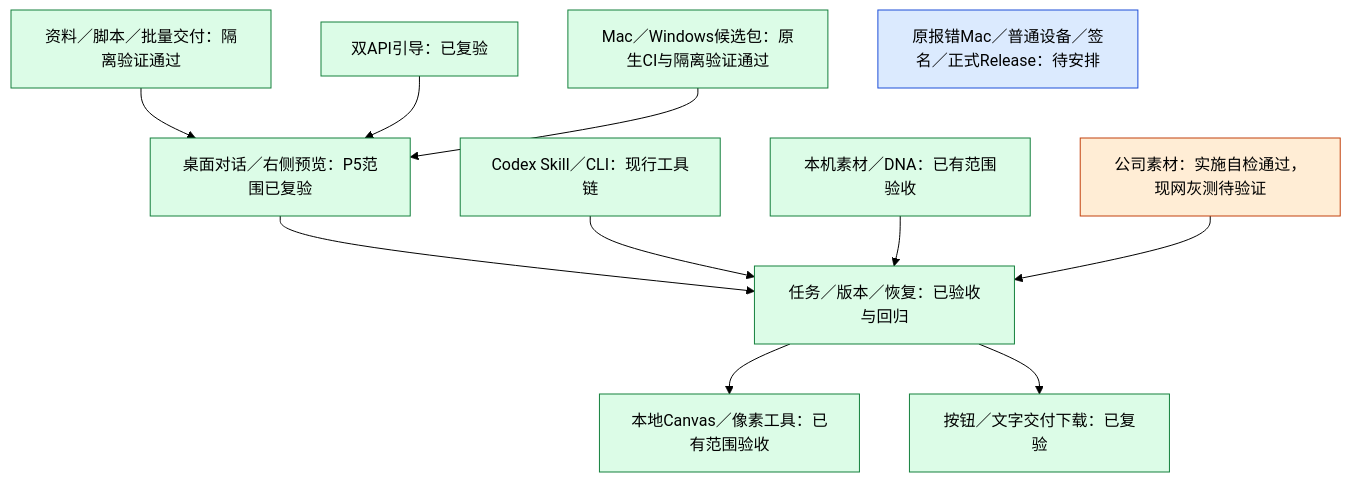
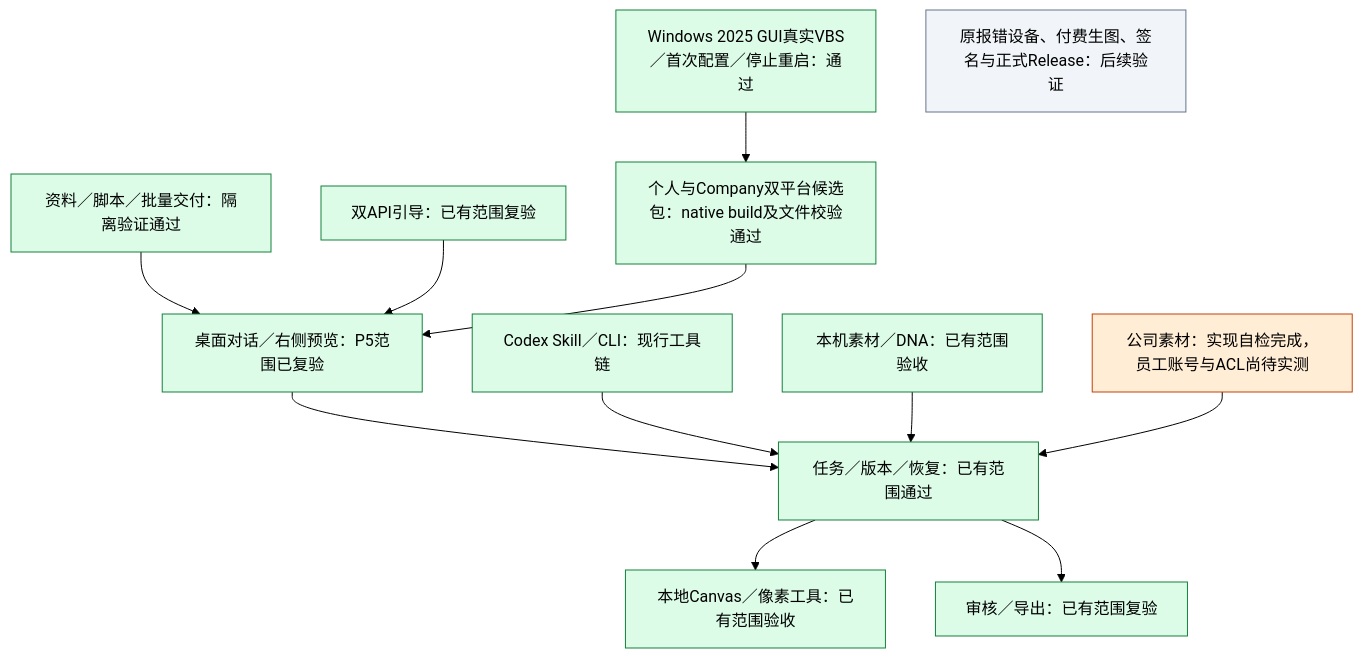
Before and after one commit to akechi0819-lgtm/creative-Agent-studio: the third of 3 diagrams in docs/工程进度.md, drawn with Mermaid (forest theme). The commit also changed other lines of this file and 3 other files, not shown here.

Commit message:
Record company Windows startup acceptance and new downloads

````diff
--- a/docs/工程进度.md
+++ b/docs/工程进度.md
@@ -59,19 +65,20 @@
 ```mermaid
 flowchart TB
-    WEB["桌面对话／右侧预览：P5范围已复验"] --> CORE["任务／版本／恢复：已验收与回归"]
+    WEB["桌面对话／右侧预览：P5范围已复验"] --> CORE["任务／版本／恢复：已有范围通过"]
     CLI["Codex Skill／CLI：现行工具链"] --> CORE
     LIB["本机素材／DNA：已有范围验收"] --> CORE
     TOOLS["资料／脚本／批量交付：隔离验证通过"] --> WEB
-    GUIDE["双API引导：已复验"] --> WEB
+    GUIDE["双API引导：已有范围复验"] --> WEB
     CORE --> CANVAS["本地Canvas／像素工具：已有范围验收"]
-    CORE --> EXPORT["按钮／文字交付下载：已复验"]
-    DIST["Mac／Windows候选包：原生CI与隔离验证通过"] --> WEB
-    COMPANY["公司素材：实施自检通过，现网灰测待验证"] --> CORE
-    NEXT["原报错Mac／普通设备／签名／正式Release：待安排"]
+    CORE --> EXPORT["审核／导出：已有范围复验"]
+    DIST["个人与Company双平台候选包：native build及文件校验通过"] --> WEB
+    WIN["Windows 2025 GUI真实VBS／首次配置／停止重启：通过"] --> DIST
+    COMPANY["公司素材：实现自检完成，员工账号与ACL尚待实测"] --> CORE
+    LATER["原报错设备、付费生图、签名与正式Release：后续验证"]
     classDef done fill:#dcfce7,stroke:#15803d;
     classDef current fill:#ffedd5,stroke:#c2410c;
-    classDef next fill:#dbeafe,stroke:#1d4ed8;
-    class WEB,CLI,LIB,TOOLS,GUIDE,CORE,CANVAS,EXPORT,DIST done;
+    classDef later fill:#f1f5f9,stroke:#64748b;
+    class WEB,CLI,LIB,TOOLS,GUIDE,CORE,CANVAS,EXPORT,DIST,WIN done;
     class COMPANY current;
-    class NEXT next;
+    class LATER later;
 ```
````
